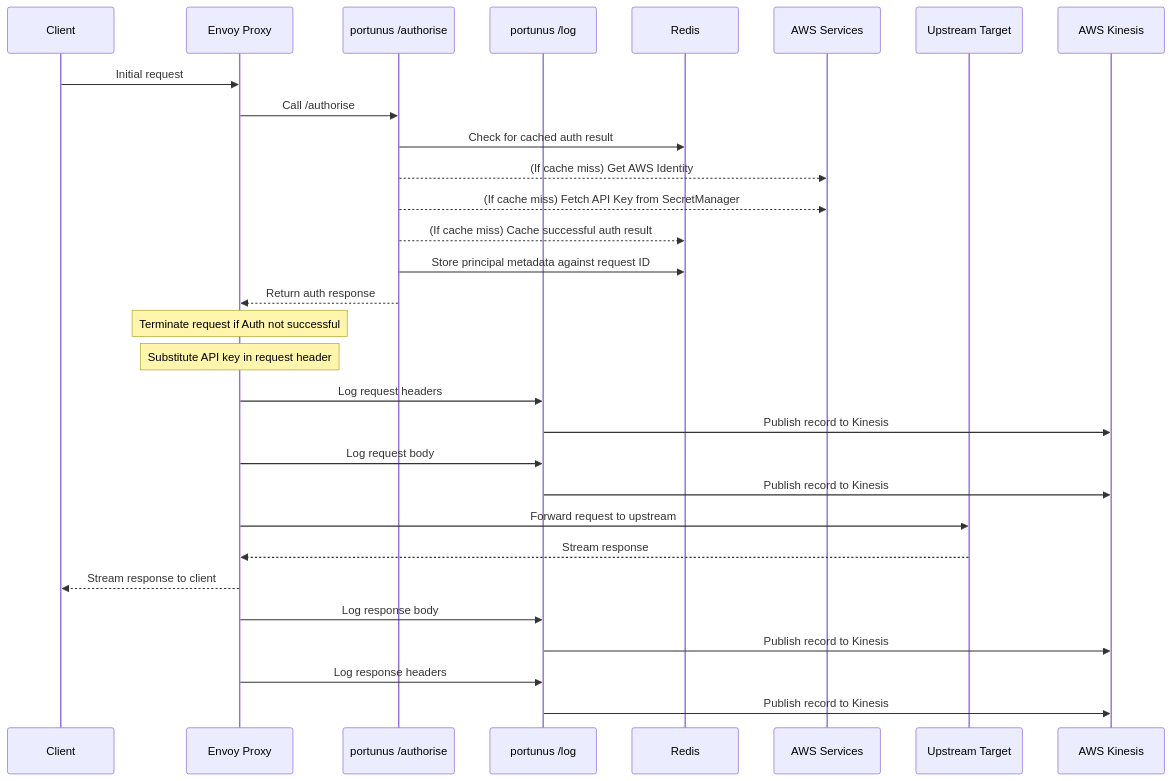
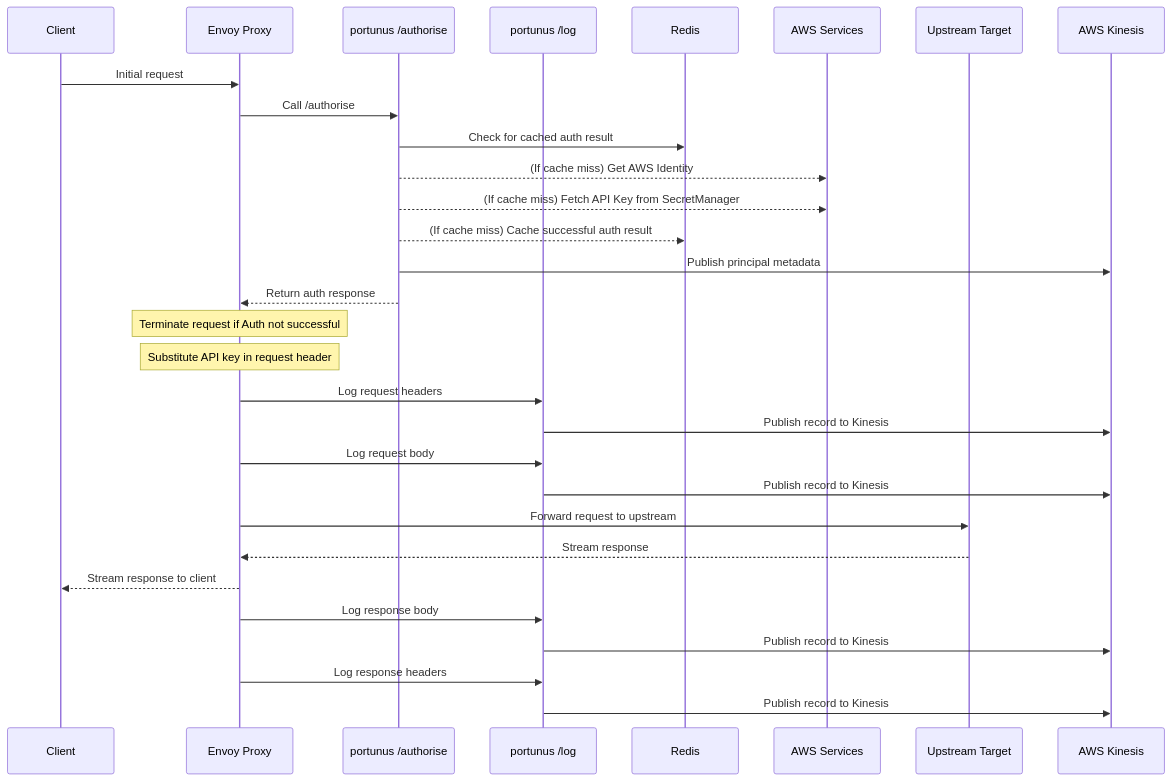
One commit to AI-Safety-Institute/portunus changed the first of 2 diagrams in README.md. Above: the diagram before and after it, drawn with Mermaid. The commit also changed other lines of this file and 1 other file, not shown here.

Commit message:
Fix stale docs: metadata goes to Kinesis, rename proxy image tag (#102)
Two small doc fixes from an open-source review pass:

- The README sequence diagram and architecture flowchart still showed
principal metadata being stored in Redis. It has been published directly
to Kinesis during authorisation since the logging pipeline moved off
Redis — updated both diagrams to match `app.py`.
- The proxy build example in `proxy/README.md` tagged the image with an
old name; renamed to `portunus-proxy`.

🤖 Generated with [Claude Code](https://claude.com/claude-code)

````diff
--- a/README.md
+++ b/README.md
@@ -31,43 +31,43 @@
 ```mermaid
 sequenceDiagram
     participant Client
     participant Envoy as Envoy Proxy
     participant Auth as portunus /authorise
     participant Portunus as portunus /log
     participant Redis
     participant AWS as AWS Services
     participant Target as Upstream Target
     participant Kinesis as AWS Kinesis
 
     Client->>Envoy: Initial request
 
     Envoy->>Auth: Call /authorise
     Auth->>Redis: Check for cached auth result
 
     Auth-->>AWS: (If cache miss) Get AWS Identity
     Auth-->>AWS: (If cache miss) Fetch API Key from SecretManager
     Auth-->>Redis: (If cache miss) Cache successful auth result
 
-    Auth->>Redis: Store principal metadata against request ID
+    Auth->>Kinesis: Publish principal metadata
     Auth-->>Envoy: Return auth response
 
     Note over Envoy: Terminate request if Auth not successful
     Note over Envoy: Substitute API key in request header
 
     Envoy->>Portunus: Log request headers
     Portunus->>Kinesis: Publish record to Kinesis
 
     Envoy->>Portunus: Log request body
     Portunus->>Kinesis: Publish record to Kinesis
 
     Envoy->>Target: Forward request to upstream
 
     Target-->>Envoy: Stream response
     Envoy-->>Client: Stream response to client
 
     Envoy->>Portunus: Log response body
     Portunus->>Kinesis: Publish record to Kinesis
 
     Envoy->>Portunus: Log response headers
     Portunus->>Kinesis: Publish record to Kinesis
 ```
````
